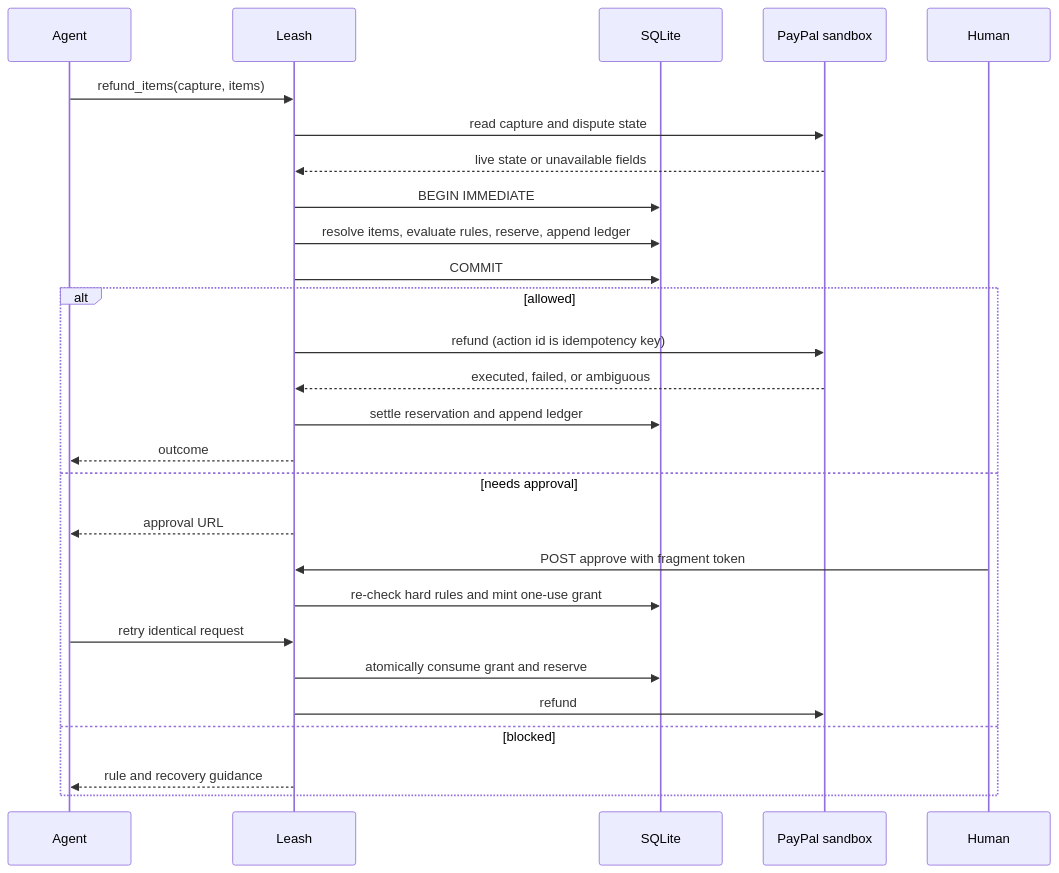
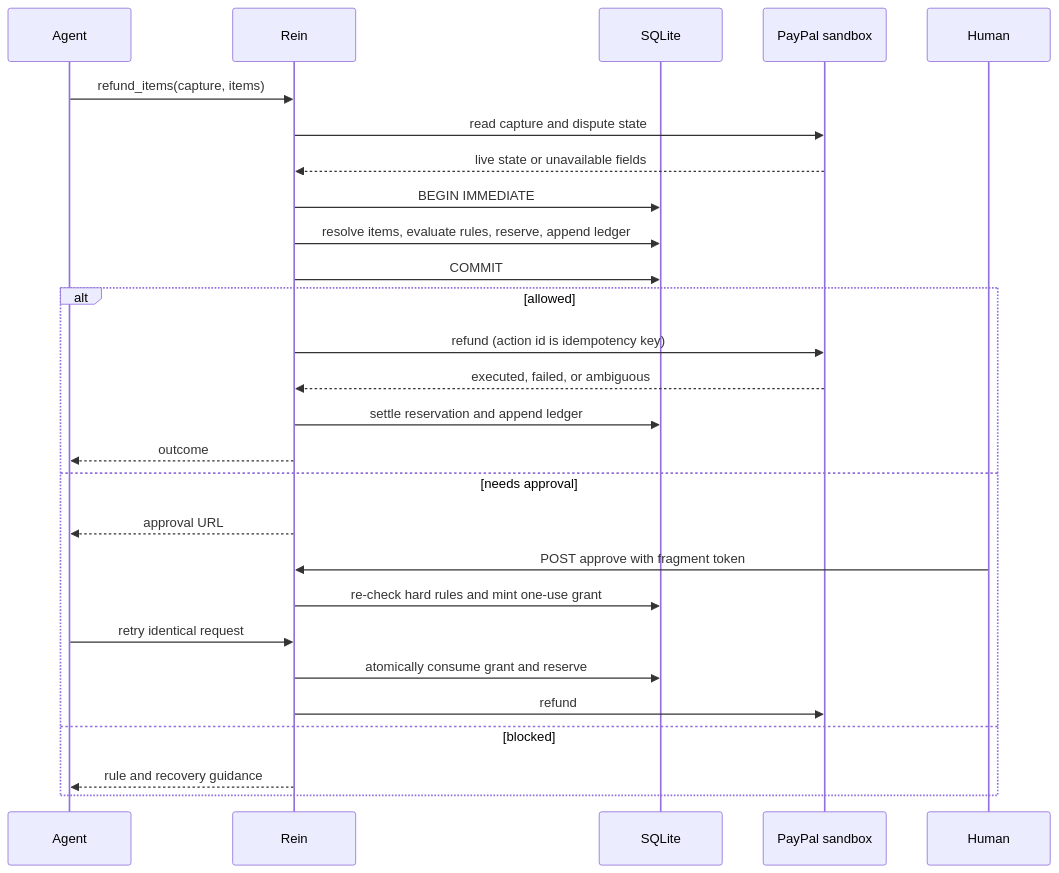
Before and after one commit to darkphoenix2208/REIN: the second of 2 diagrams in docs/Architecture/SYSTEM_ARCHITECTURE.md, drawn with Mermaid. The commit also changed other lines of this file and 89 other files, not shown here.

First line of the commit message:
refactor(rename): Leash → Rein with LEASH_* fallbacks

````diff
--- a/docs/Architecture/SYSTEM_ARCHITECTURE.md
+++ b/docs/Architecture/SYSTEM_ARCHITECTURE.md
@@ -27,30 +27,30 @@
 ```mermaid
 sequenceDiagram
     participant A as Agent
-    participant L as Leash
+    participant L as Rein
     participant D as SQLite
     participant P as PayPal sandbox
     participant H as Human
 
     A->>L: refund_items(capture, items)
     L->>P: read capture and dispute state
     P-->>L: live state or unavailable fields
     L->>D: BEGIN IMMEDIATE
     L->>D: resolve items, evaluate rules, reserve, append ledger
     L->>D: COMMIT
     alt allowed
         L->>P: refund (action id is idempotency key)
         P-->>L: executed, failed, or ambiguous
         L->>D: settle reservation and append ledger
         L-->>A: outcome
     else needs approval
         L-->>A: approval URL
         H->>L: POST approve with fragment token
         L->>D: re-check hard rules and mint one-use grant
         A->>L: retry identical request
         L->>D: atomically consume grant and reserve
         L->>P: refund
     else blocked
         L-->>A: rule and recovery guidance
     end
 ```
````
